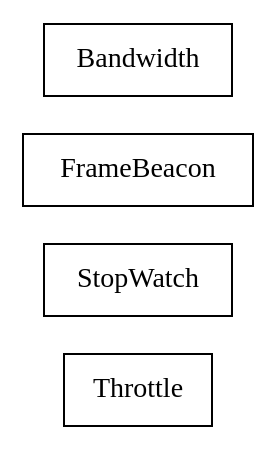
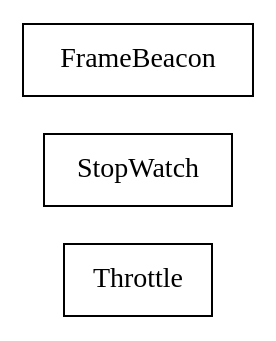
The diagram in docs/com/sekati/time/classes.dot (sekati/sasapi), drawn with Graphviz before and after one commit. The commit also changed 95 other files, not shown here.

```diff
--- a/docs/com/sekati/time/classes.dot
+++ b/docs/com/sekati/time/classes.dot
@@ -1,27 +1,21 @@
 strict digraph class_diagram {
   rankdir=LR;
   TypeThrottle[
     label="Throttle",
     URL="Throttle.html",
     tooltip="com.sekati.time.Throttle",
     shape="record"
   ];
   TypeStopWatch[
     label="StopWatch",
     URL="StopWatch.html",
     tooltip="com.sekati.time.StopWatch",
     shape="record"
   ];
   TypeFrameBeacon[
     label="FrameBeacon",
     URL="FrameBeacon.html",
     tooltip="com.sekati.time.FrameBeacon",
     shape="record"
   ];
-  TypeBandwidth[
-    label="Bandwidth",
-    URL="Bandwidth.html",
-    tooltip="com.sekati.time.Bandwidth",
-    shape="record"
-  ];
 }
```
